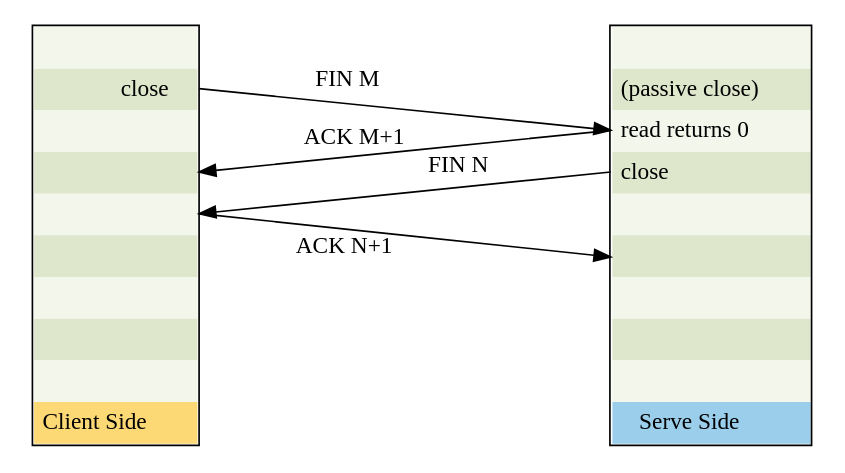
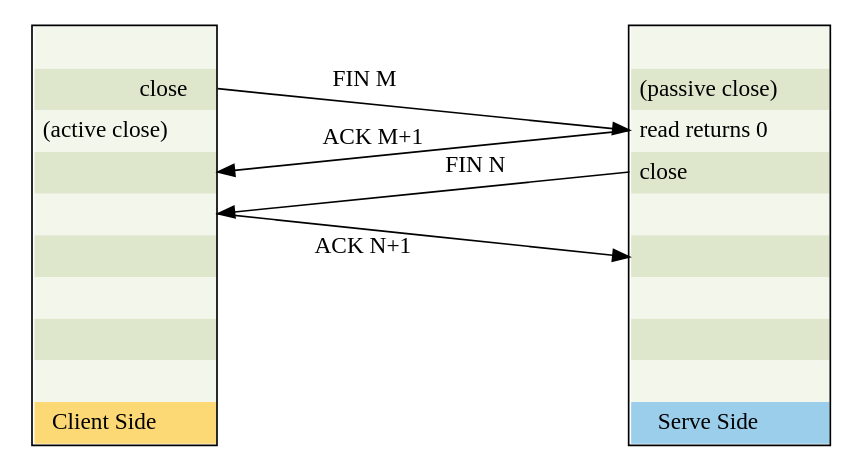
Before and after one commit to harrifeng/dot_summary: the diagram in unp/tcp_4_way.dot, drawn with Graphviz. The commit also changed 2 other files, not shown here.

```diff
--- a/unp/tcp_4_way.dot
+++ b/unp/tcp_4_way.dot
@@ -1,41 +1,41 @@
 digraph structs {
     splines=false;
     node[shape=plaintext];
 
     struct_c[label=<
              <table border="1" cellborder="0" cellspacing="0" cellpadding="5" >
              <tr><td port="f0"  bgcolor="#F2F6EB" align="right"> </td></tr>
              <tr><td port="f1"  bgcolor="#DEE6CC" align="right">close </td></tr>
-             <tr><td port="f2"  bgcolor="#F2F6EB" align="right"> </td></tr>
+             <tr><td port="f2"  bgcolor="#F2F6EB" align="right">(active close) </td></tr>
              <tr><td port="f3"  bgcolor="#DEE6CC" align="right"> </td></tr>
              <tr><td port="f4"  bgcolor="#F2F6EB" align="right"> </td></tr>
              <tr><td port="f5"  bgcolor="#DEE6CC" align="right"> </td></tr>
              <tr><td port="f6"  bgcolor="#F2F6EB" align="right"> </td></tr>
              <tr><td port="f7"  bgcolor="#DEE6CC" align="right"> </td></tr>
              <tr><td port="f10" bgcolor="#F2F6EB" align="right"> </td></tr>
              <tr><td port="f11" bgcolor="#FCD975"> Client Side </td></tr>
              </table>
              >];
     struct_s[label=<
              <table border="1" cellborder="0" cellspacing="0" cellpadding="5" >
              <tr><td port="f0"  bgcolor="#F2F6EB"> </td></tr>
              <tr><td port="f1"  bgcolor="#DEE6CC" align="left">(passive close) </td></tr>
              <tr><td port="f2"  bgcolor="#F2F6EB" align="left"> read returns 0</td></tr>
              <tr><td port="f3"  bgcolor="#DEE6CC" align="left"> close</td></tr>
              <tr><td port="f4"  bgcolor="#F2F6EB" align="left"> </td></tr>
              <tr><td port="f5"  bgcolor="#DEE6CC" align="left"> </td></tr>
              <tr><td port="f6"  bgcolor="#F2F6EB" align="left"> </td></tr>
              <tr><td port="f9"  bgcolor="#DEE6CC" align="left"> </td></tr>
              <tr><td port="f10" bgcolor="#F2F6EB" align="left"> </td></tr>
              <tr><td port="f11" bgcolor="#9ACEEB" > Serve Side </td></tr>
              </table>
              >];
     struct_c:f1 -> struct_s:f2[label="         FIN M                            "]; 
     struct_s:f2 -> struct_c:f3[xlabel="ACK M+1"];                            
     struct_s:f3 -> struct_c:f4[label="                            FIN N         "]; 
     struct_c:f4 -> struct_s:f5[xlabel="         ACK N+1                          "]; 
 
 
     {rank=same struct_c struct_s}
 
 }
```
